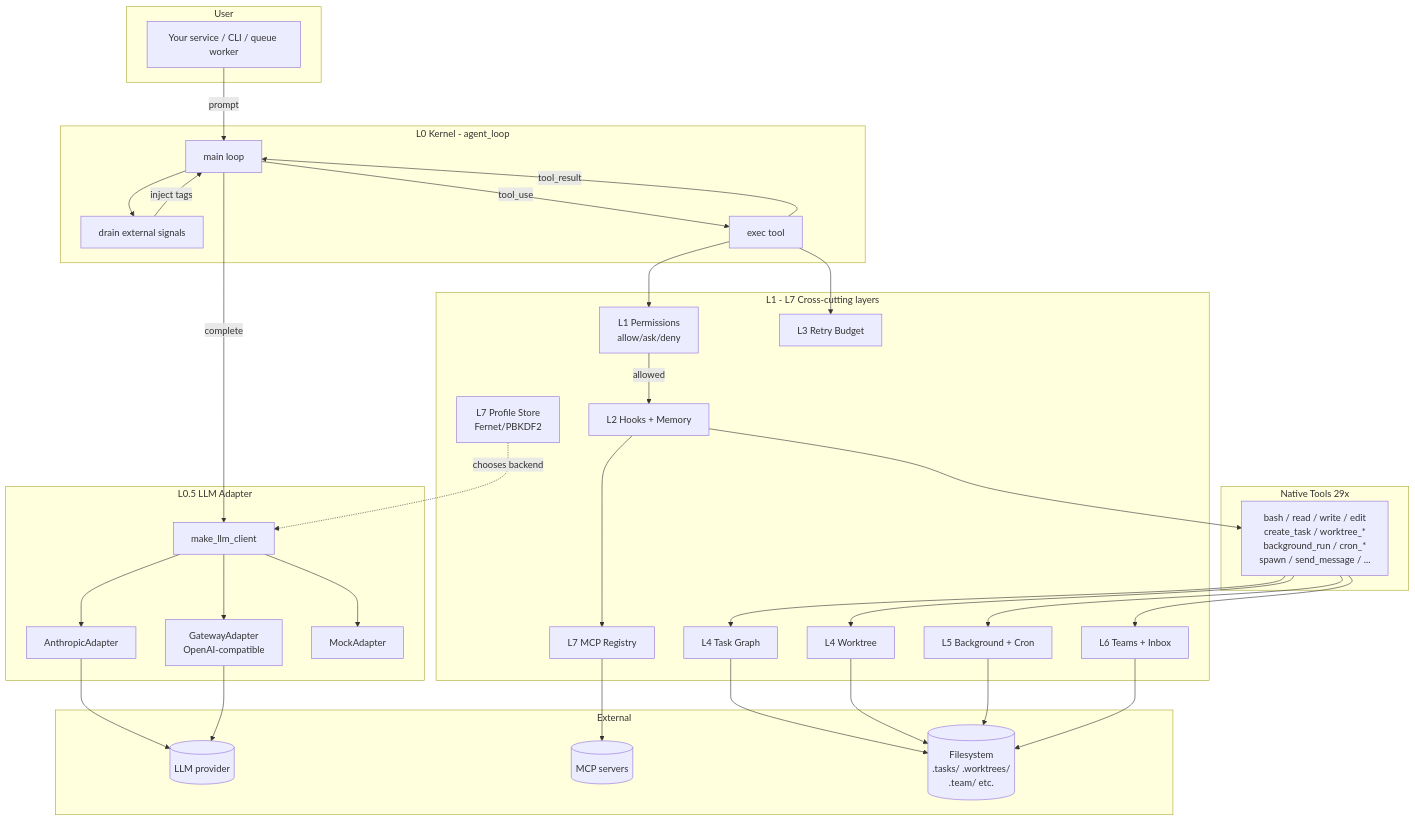
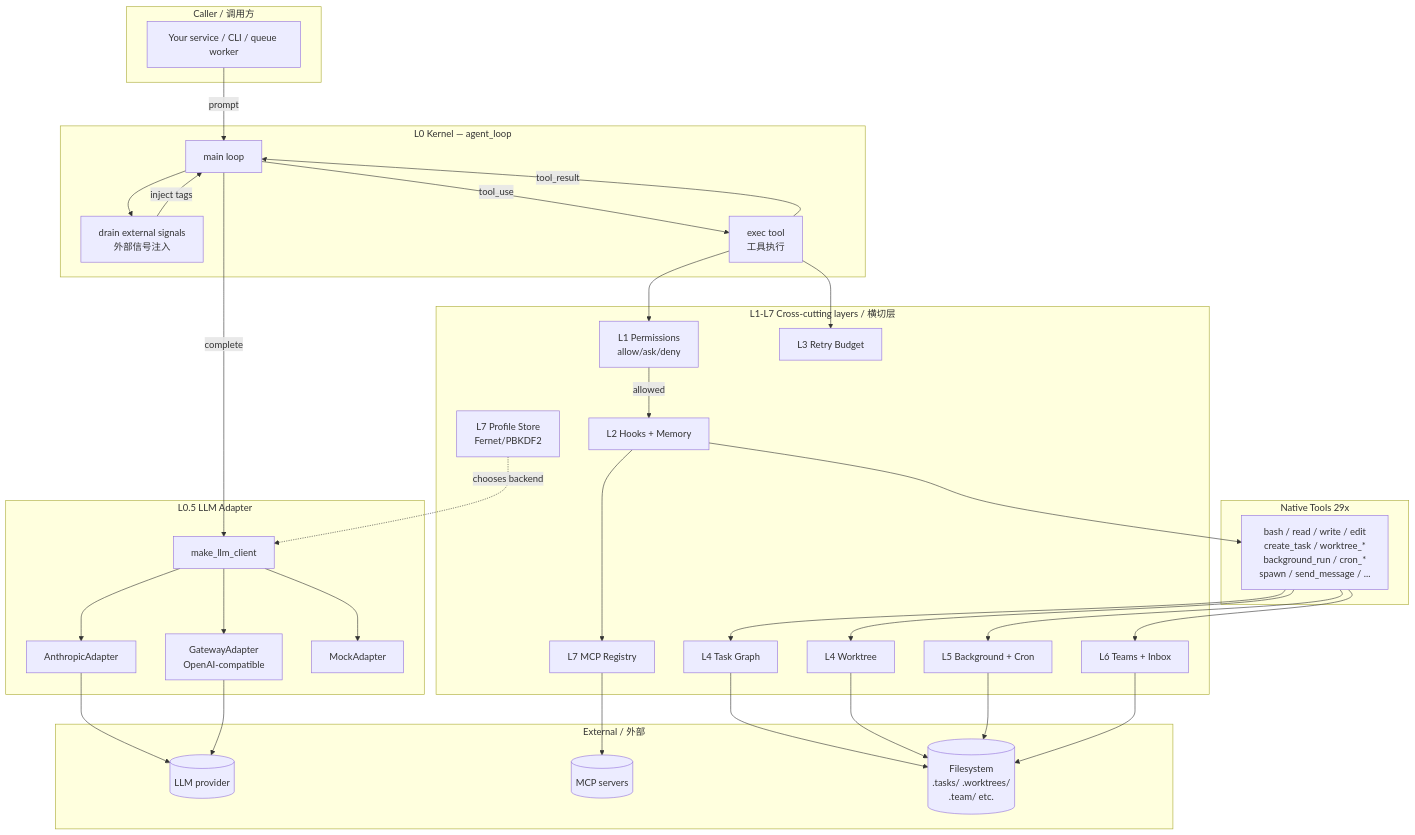
Before and after one commit to wangxfholly/agent_basic: the diagram in README.md, drawn with Mermaid. The commit also changed other lines of this file and 1 other file, not shown here.

First line of the commit message:
docs: bilingual EN/CN README + hand-drawn architecture poster

````diff
--- a/README.md
+++ b/README.md
@@ -30,59 +44,59 @@
 ```mermaid
 flowchart TB
-    subgraph User
+    subgraph User["Caller / 调用方"]
       U[Your service / CLI / queue worker]
     end
 
-    subgraph Kernel["L0  Kernel - agent_loop"]
+    subgraph Kernel["L0 Kernel — agent_loop"]
       K[main loop]
-      DR[drain external signals]
-      EX[exec tool]
+      DR[drain external signals<br/>外部信号注入]
+      EX[exec tool<br/>工具执行]
     end
 
-    subgraph LLM["L0.5  LLM Adapter"]
+    subgraph LLM["L0.5 LLM Adapter"]
       F[make_llm_client]
       A[AnthropicAdapter]
       G[GatewayAdapter<br/>OpenAI-compatible]
       M[MockAdapter]
     end
 
-    subgraph Layers["L1 - L7  Cross-cutting layers"]
+    subgraph Layers["L1-L7 Cross-cutting layers / 横切层"]
       P[L1 Permissions<br/>allow/ask/deny]
       H[L2 Hooks + Memory]
       R[L3 Retry Budget]
       T[L4 Task Graph]
       W[L4 Worktree]
       B[L5 Background + Cron]
       TM[L6 Teams + Inbox]
       MC[L7 MCP Registry]
       PR[L7 Profile Store<br/>Fernet/PBKDF2]
     end
 
-    subgraph Tools["Native Tools  29x"]
+    subgraph Tools["Native Tools 29x"]
       TOOLS[bash / read / write / edit<br/>create_task / worktree_*<br/>background_run / cron_*<br/>spawn / send_message / ...]
     end
 
-    subgraph External
+    subgraph External["External / 外部"]
       LLMSVC[(LLM provider)]
       MCPSVR[(MCP servers)]
       FS[(Filesystem<br/>.tasks/ .worktrees/<br/>.team/ etc.)]
     end
 
     U -->|prompt| K
     K --> DR
     DR -->|inject tags| K
     K -->|complete| F
     F --> A & G & M
     A & G --> LLMSVC
     K -->|tool_use| EX
     EX --> P
     P -->|allowed| H
     H --> TOOLS
     H --> MC
     MC --> MCPSVR
     EX --> R
     TOOLS --> T & W & B & TM
     T & W & B & TM --> FS
     PR -.->|chooses backend| F
     EX -->|tool_result| K
 ```
````
